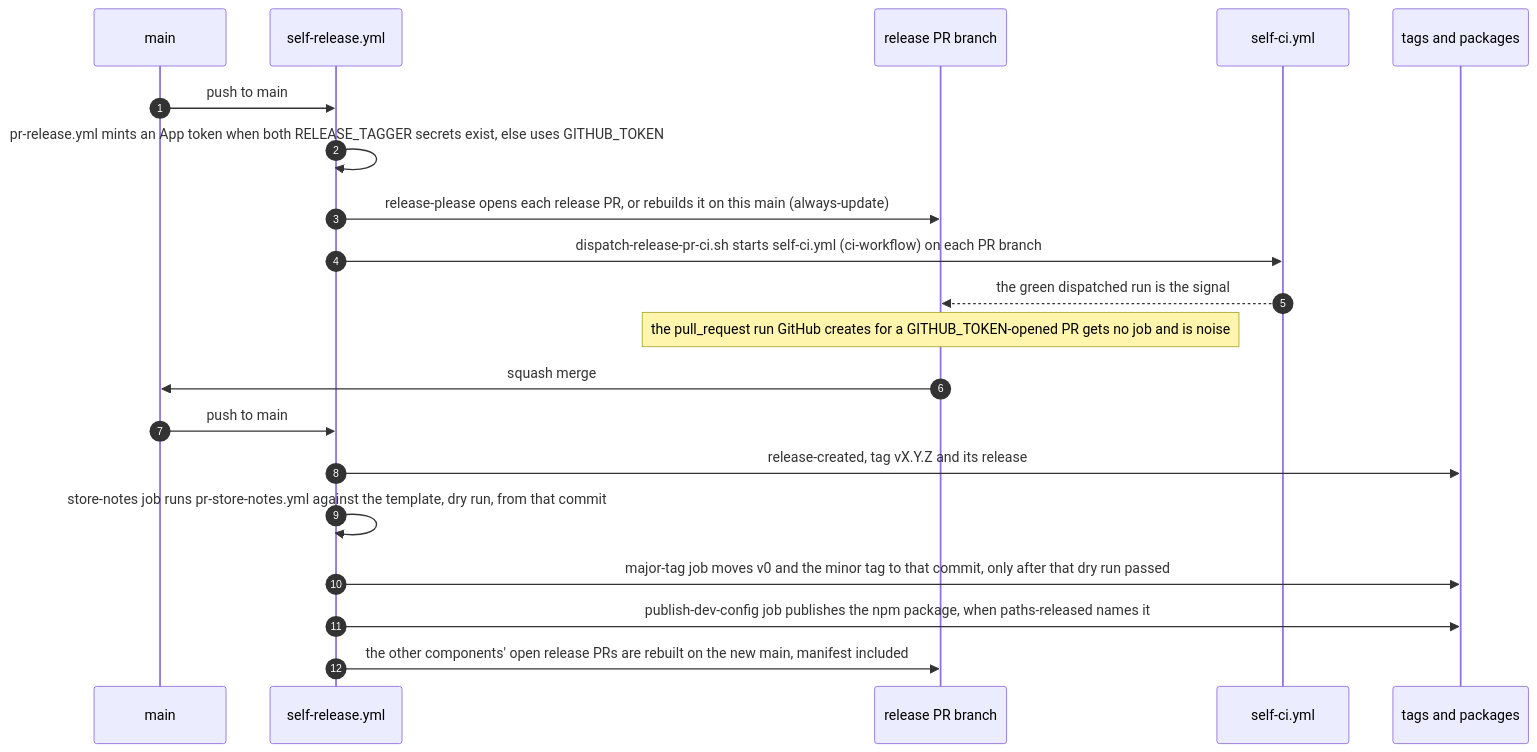
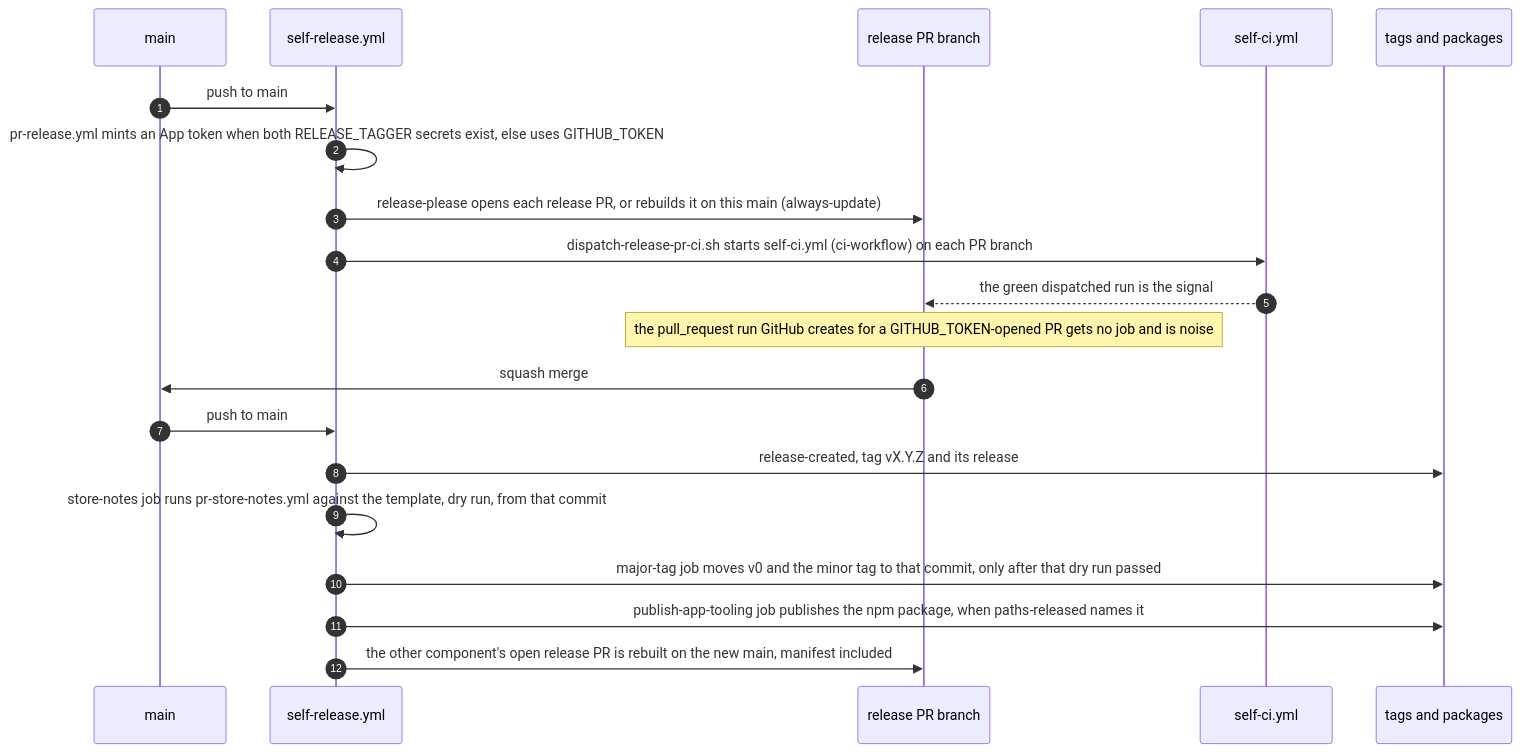
The diagram in AGENTS.md (blinkbitcoin/shared-workflows), drawn with Mermaid before and after one commit. The commit also changed other lines of this file and 263 other files, not shown here.

````diff
--- a/AGENTS.md
+++ b/AGENTS.md
@@ -199,22 +199,22 @@
   ```mermaid
   sequenceDiagram
     autonumber
     participant main as main
     participant rel as self-release.yml
     participant pr as release PR branch
     participant ci as self-ci.yml
     participant tags as tags and packages
     main->>rel: push to main
     rel->>rel: pr-release.yml mints an App token when both RELEASE_TAGGER secrets exist, else uses GITHUB_TOKEN
     rel->>pr: release-please opens each release PR, or rebuilds it on this main (always-update)
     rel->>ci: dispatch-release-pr-ci.sh starts self-ci.yml (ci-workflow) on each PR branch
     ci-->>pr: the green dispatched run is the signal
     Note over pr: the pull_request run GitHub creates for a GITHUB_TOKEN-opened PR gets no job and is noise
     pr->>main: squash merge
     main->>rel: push to main
     rel->>tags: release-created, tag vX.Y.Z and its release
     rel->>rel: store-notes job runs pr-store-notes.yml against the template, dry run, from that commit
     rel->>tags: major-tag job moves v0 and the minor tag to that commit, only after that dry run passed
-    rel->>tags: publish-dev-config job publishes the npm package, when paths-released names it
-    rel->>pr: the other components' open release PRs are rebuilt on the new main, manifest included
+    rel->>tags: publish-app-tooling job publishes the npm package, when paths-released names it
+    rel->>pr: the other component's open release PR is rebuilt on the new main, manifest included
   ```
````
